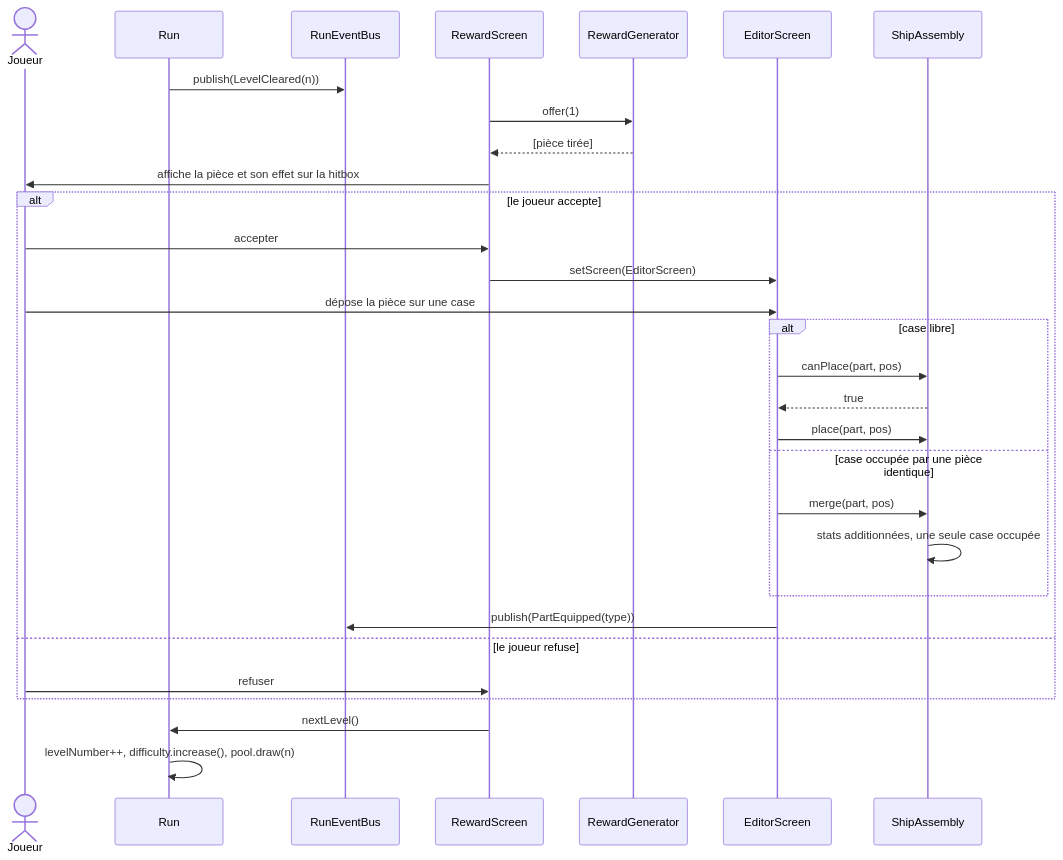
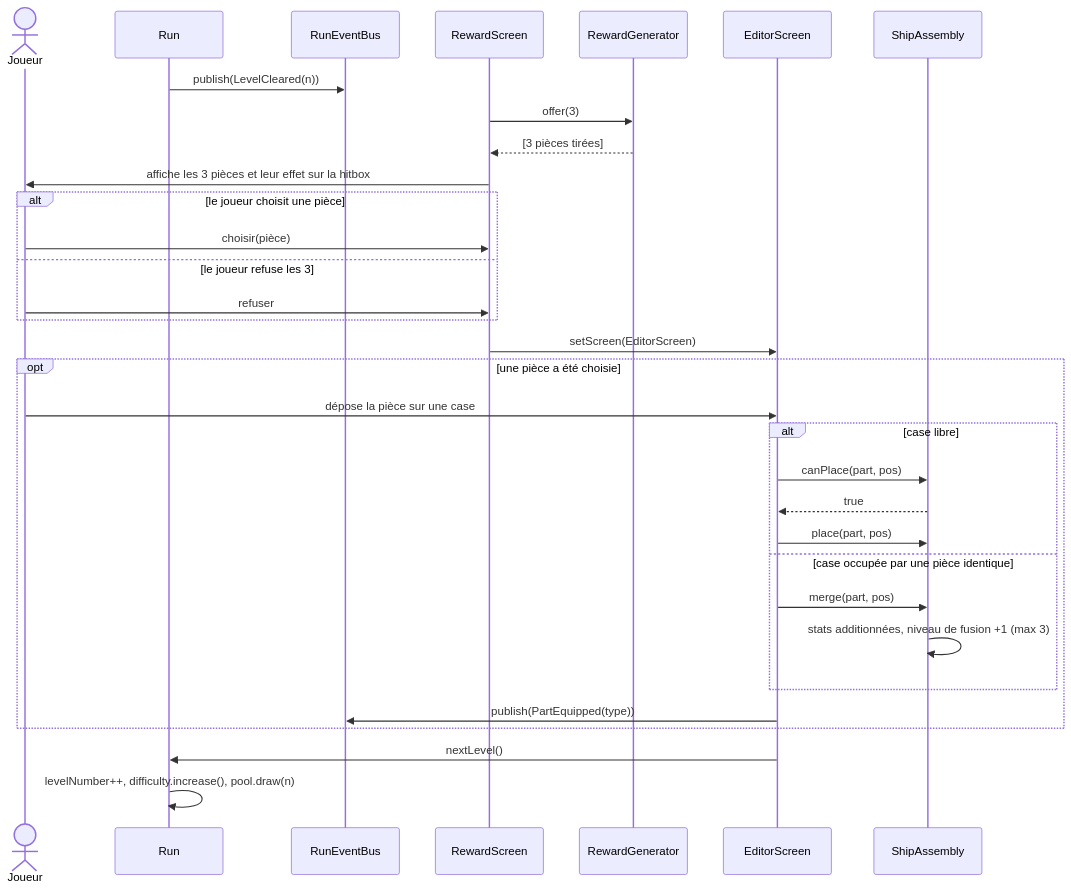
Before and after one commit to Bisiaux-dev/public-vault: the tenth of 13 diagrams in content/2D-Game/ideas/pierre/Bullet hell roguelike - UML.md, drawn with Mermaid. The commit also changed other lines of this file and 10 other files, not shown here.

First line of the commit message:
Nettoyage du vault 2D Game + correctif rendu Mermaid

````diff
--- a/content/2D-Game/ideas/pierre/Bullet hell roguelike - UML.md
+++ b/content/2D-Game/ideas/pierre/Bullet hell roguelike - UML.md
@@ -678,33 +678,35 @@
 ```mermaid
 sequenceDiagram
     actor J as Joueur
     participant Run
     participant Bus as RunEventBus
     participant RS as RewardScreen
     participant RG as RewardGenerator
     participant ES as EditorScreen
     participant A as ShipAssembly
 
     Run->>Bus: publish(LevelCleared(n))
-    RS->>RG: offer(1)
-    RG-->>RS: [pièce tirée]
-    RS->>J: affiche la pièce et son effet sur la hitbox
-    alt le joueur accepte
-        J->>RS: accepter
-        RS->>ES: setScreen(EditorScreen)
+    RS->>RG: offer(3)
+    RG-->>RS: [3 pièces tirées]
+    RS->>J: affiche les 3 pièces et leur effet sur la hitbox
+    alt le joueur choisit une pièce
+        J->>RS: choisir(pièce)
+    else le joueur refuse les 3
+        J->>RS: refuser
+    end
+    RS->>ES: setScreen(EditorScreen)
+    opt une pièce a été choisie
         J->>ES: dépose la pièce sur une case
         alt case libre
             ES->>A: canPlace(part, pos)
             A-->>ES: true
             ES->>A: place(part, pos)
         else case occupée par une pièce identique
             ES->>A: merge(part, pos)
-            A->>A: stats additionnées, une seule case occupée
+            A->>A: stats additionnées, niveau de fusion +1 (max 3)
         end
         ES->>Bus: publish(PartEquipped(type))
-    else le joueur refuse
-        J->>RS: refuser
     end
-    RS->>Run: nextLevel()
+    ES->>Run: nextLevel()
     Run->>Run: levelNumber++, difficulty.increase(), pool.draw(n)
 ```
````
